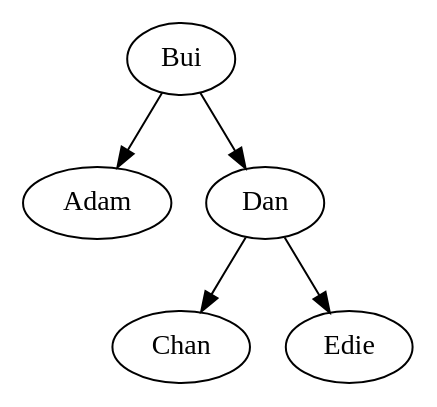
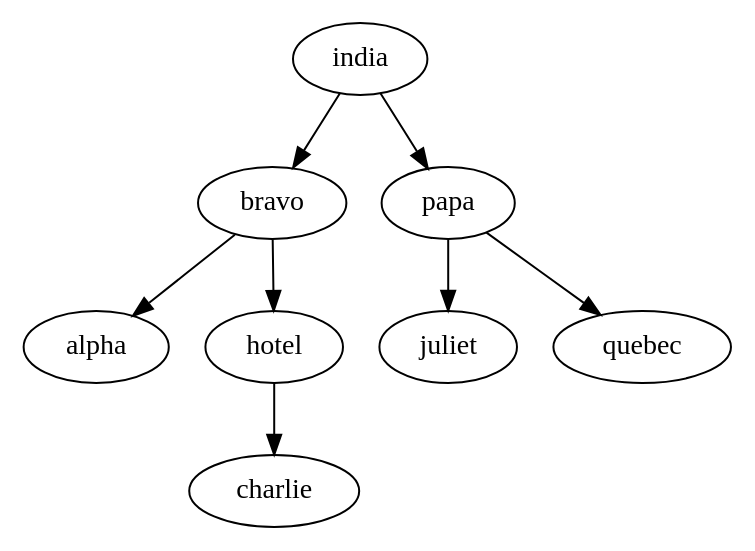
Before and after one commit to skyguy-netizen/UCR: the diagram in CS010C/Lab 7/avltree.dot, drawn with Graphviz. The commit also changed 3 other files, not shown here.

```diff
--- a/CS010C/Lab 7/avltree.dot
+++ b/CS010C/Lab 7/avltree.dot
@@ -1,6 +1,9 @@
 digraph G {
-Bui -> Adam;
-Dan -> Chan;
-Dan -> Edie;
-Bui -> Dan;
+bravo -> alpha;
+hotel -> charlie;
+bravo -> hotel;
+india -> bravo;
+papa -> juliet;
+papa -> quebec;
+india -> papa;
 }
```
